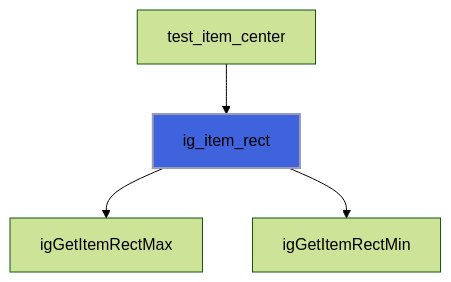
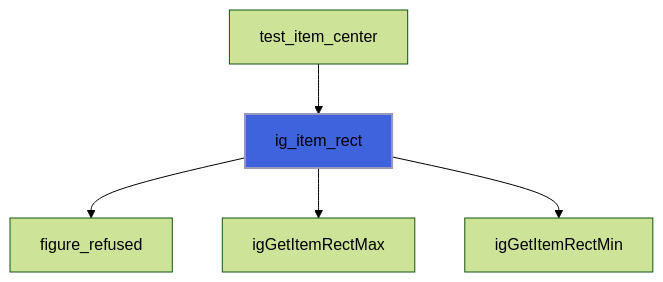
Diagram 18 of 39 in docs/api/src/lib/figure_imgui.md (szaghi/figure), drawn with Mermaid (forest theme) before and after one commit. The commit also changed other lines of this file and 10 other files, not shown here.

````diff
--- a/docs/api/src/lib/figure_imgui.md
+++ b/docs/api/src/lib/figure_imgui.md
@@ -517,7 +557,8 @@
 ```mermaid
 flowchart TD
   test_item_center["test_item_center"] --> ig_item_rect["ig_item_rect"]
+  ig_item_rect["ig_item_rect"] --> figure_refused["figure_refused"]
   ig_item_rect["ig_item_rect"] --> igGetItemRectMax["igGetItemRectMax"]
   ig_item_rect["ig_item_rect"] --> igGetItemRectMin["igGetItemRectMin"]
   style ig_item_rect fill:#3e63dd,stroke:#99b,stroke-width:2px
 ```
````
